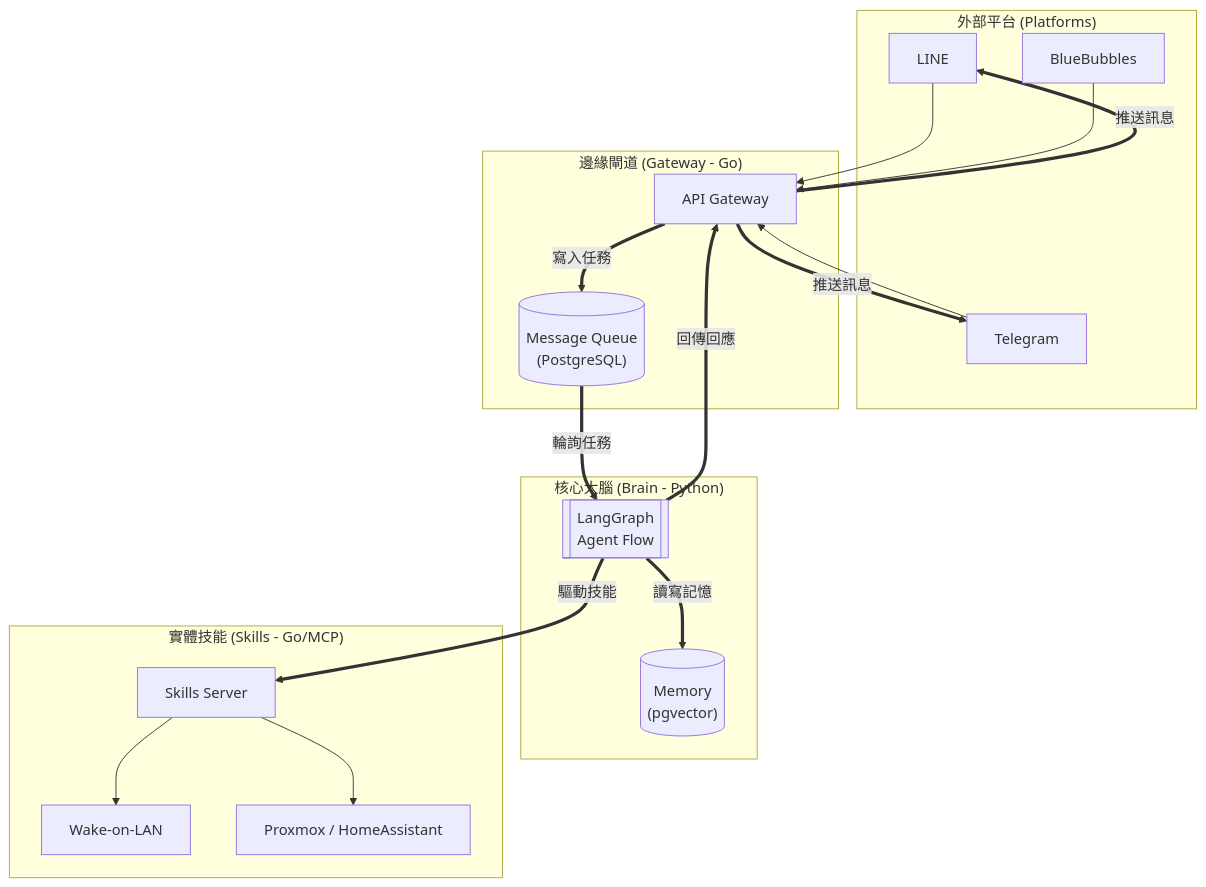
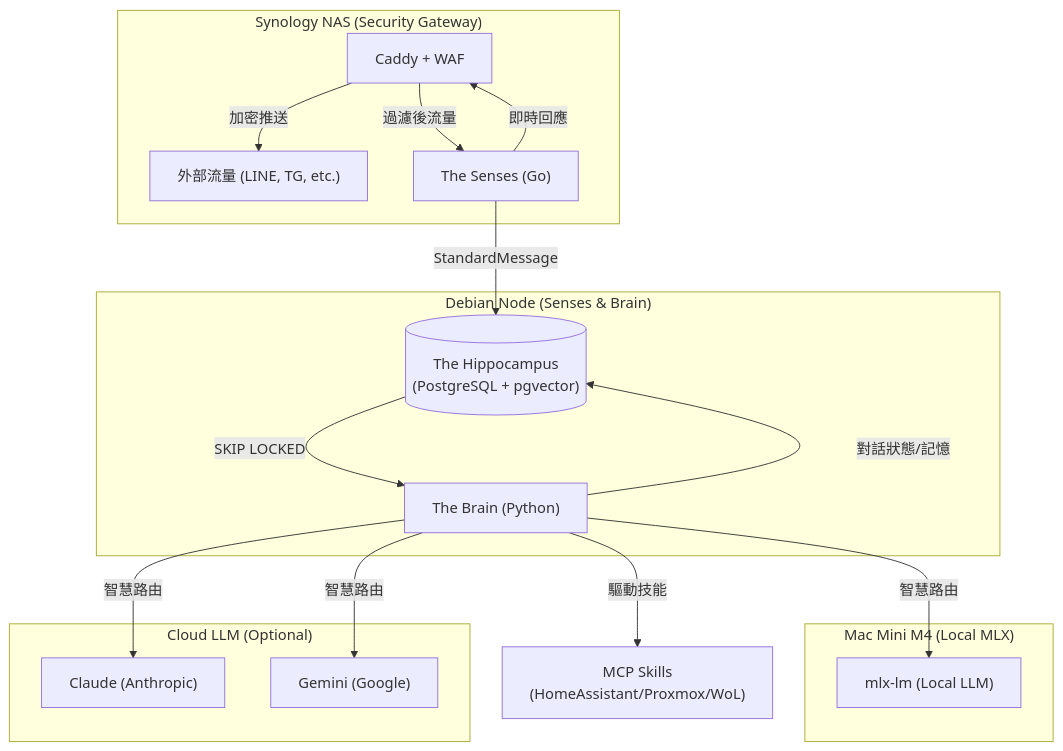
One commit to August-Icekimo/OmniAgent changed the diagram in README.md. Above: the diagram before and after it, drawn with Mermaid. The commit also changed other lines of this file, not shown here.

Commit message:
微調了 Core Features 的描述，讓它更符合我們現在 Phase 3/4 的進度

````diff
--- a/README.md
+++ b/README.md
@@ -9,42 +21,35 @@
 ```mermaid
 graph TD
-    subgraph "外部平台 (Platforms)"
-        LINE["LINE"]
-        TG["Telegram"]
-        BB["BlueBubbles"]
+    subgraph "Synology NAS (Security Gateway)"
+        EXT["外部流量 (LINE, TG, etc.)"]
+        CADDY["Caddy + WAF"]
+        CADDY -- "過濾後流量" --> SENSES
     end
 
-    subgraph "邊緣閘道 (Gateway - Go)"
-        GW["API Gateway"]
-        MQ[("Message Queue<br/>(PostgreSQL)")]
+    subgraph "Debian Node (Senses & Brain)"
+        SENSES["The Senses (Go)"]
+        BRAIN["The Brain (Python)"]
+        DB[("The Hippocampus<br/>(PostgreSQL + pgvector)")]
+        
+        SENSES -- "StandardMessage" --> DB
+        DB -- "SKIP LOCKED" --> BRAIN
+        BRAIN -- "對話狀態/記憶" --> DB
     end
 
-    subgraph "核心大腦 (Brain - Python)"
-        LG[["LangGraph<br/>Agent Flow"]]
-        MEM[("Memory<br/>(pgvector)")]
+    subgraph "Mac Mini M4 (Local MLX)"
+        MLX["mlx-lm (Local LLM)"]
     end
 
-    subgraph "實體技能 (Skills - Go/MCP)"
-        SK["Skills Server"]
-        WOL["Wake-on-LAN"]
-        PM["Proxmox / HomeAssistant"]
+    subgraph "Cloud LLM (Optional)"
+        CLAUDE["Claude (Anthropic)"]
+        GEMINI["Gemini (Google)"]
     end
 
-    %% 主要流程
-    LINE --> GW
-    TG --> GW
-    BB --> GW
-    
-    %% 核心路徑 (強調)
-    GW == 寫入任務 ==> MQ
-    MQ == 輪詢任務 ==> LG
-    LG == 讀寫記憶 ==> MEM
-    LG == 驅動技能 ==> SK
-    SK --> WOL
-    SK --> PM
-    
-    %% 回應流
-    LG == 回傳回應 ==> GW
-    GW == 推送訊息 ==> LINE
-    GW == 推送訊息 ==> TG
+    %% 流程
+    SENSES -- "即時回應" --> CADDY
+    BRAIN -- "驅動技能" --> SKILLS["MCP Skills<br/>(HomeAssistant/Proxmox/WoL)"]
+    BRAIN -- "智慧路由" --> MLX
+    BRAIN -- "智慧路由" --> CLAUDE
+    BRAIN -- "智慧路由" --> GEMINI
+    CADDY -- "加密推送" --> EXT
 ```
````
